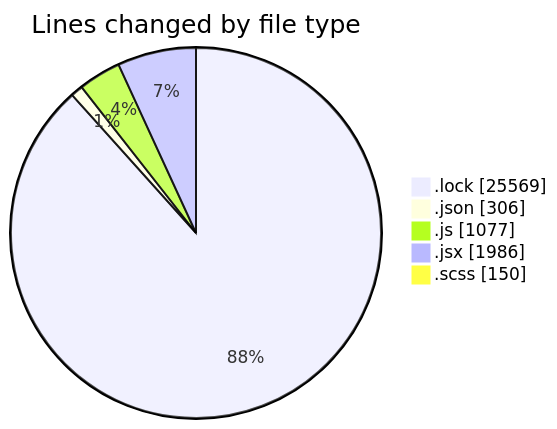
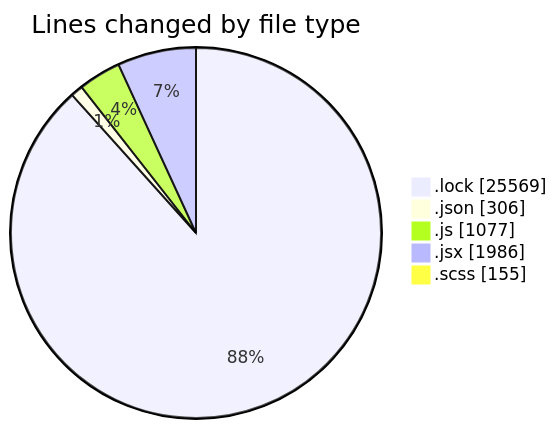
One commit to momahboobian/code-tracking changed the first of 2 diagrams in 2026-01-07/cda/README.md. Above: the diagram before and after it, drawn with Mermaid. The commit also changed other lines of this file and 1 other file, not shown here.

````diff
--- a/2026-01-07/cda/README.md
+++ b/2026-01-07/cda/README.md
@@ -44,9 +44,9 @@
 ```mermaid
 pie showData
 title Lines changed by file type
 ".lock" : 25569
 ".json" : 306
 ".js" : 1077
 ".jsx" : 1986
-".scss" : 150
+".scss" : 155
 ```
````
